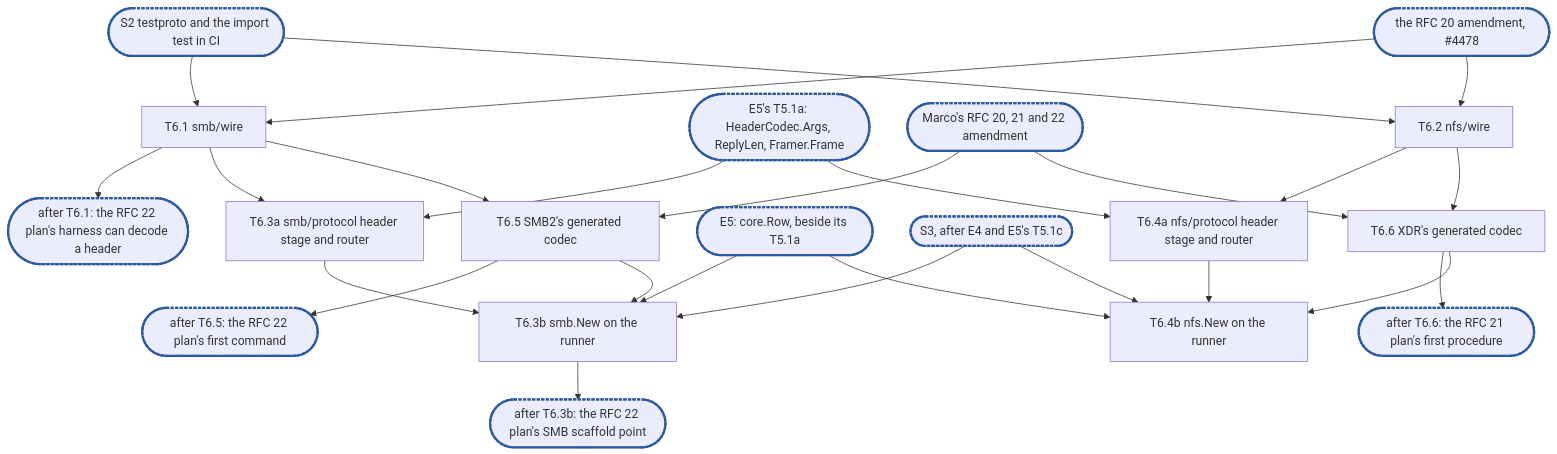
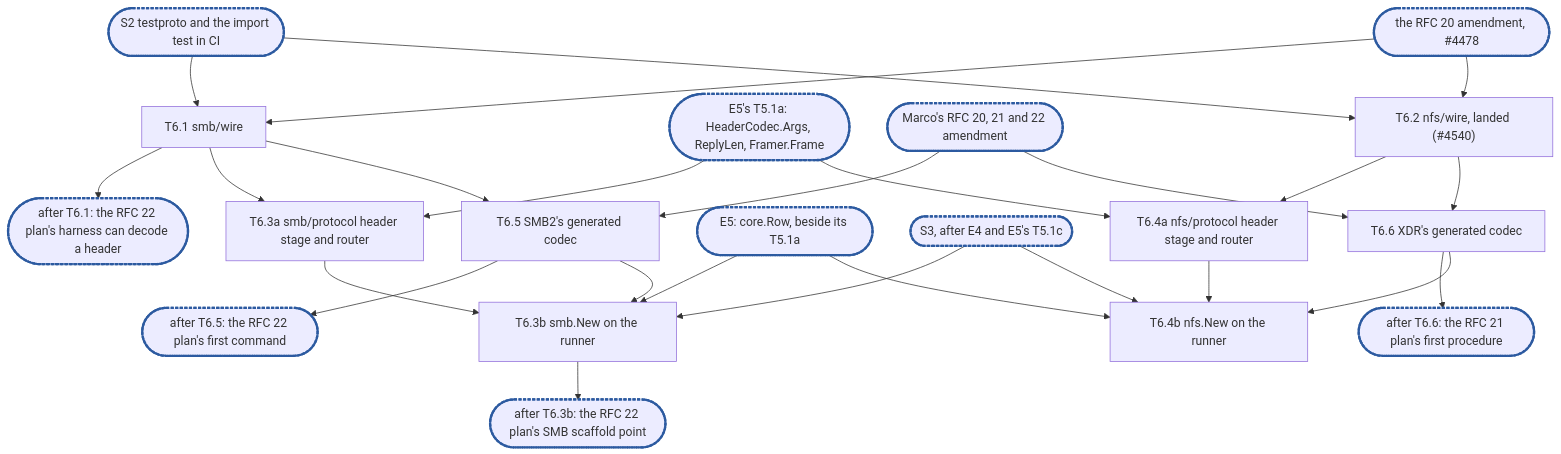
Before and after one commit to cubbit/dittofs: the diagram in docs/internals/planning/rfc-20-adapters-epic6.md, drawn with Mermaid. The commit also changed other lines of this file, not shown here.

First line of the commit message:
docs(planning): epic 6 marks T6.2 landed (#4540); T12.1 owns self-relative offsets; #4539's reads

````diff
--- a/docs/internals/planning/rfc-20-adapters-epic6.md
+++ b/docs/internals/planning/rfc-20-adapters-epic6.md
@@ -1070,28 +1097,28 @@
 ```mermaid
 flowchart TD
   S2(["S2 testproto and the import test in CI"]):::sync --> T6_1["T6.1 smb/wire"]
   A(["the RFC 20 amendment, #4478"]):::sync --> T6_1
   T6_1 --> C1(["after T6.1: the RFC 22 plan's harness can decode a header"]):::sync
   T6_1 --> T6_3a["T6.3a smb/protocol header stage and router"]
   H(["E5's T5.1a: HeaderCodec.Args, ReplyLen, Framer.Frame"]):::sync --> T6_3a
   M(["Marco's RFC 20, 21 and 22 amendment"]):::sync --> T6_5["T6.5 SMB2's generated codec"]
   T6_1 --> T6_5
   T6_5 --> C3(["after T6.5: the RFC 22 plan's first command"]):::sync
   T6_3a --> T6_3b["T6.3b smb.New on the runner"]
   T6_5 --> T6_3b
   R(["E5: core.Row, beside its T5.1a"]):::sync --> T6_3b
   S3(["S3, after E4 and E5's T5.1c"]):::sync --> T6_3b
   T6_3b --> C2(["after T6.3b: the RFC 22 plan's SMB scaffold point"]):::sync
-  S2 --> T6_2["T6.2 nfs/wire"]
+  S2 --> T6_2["T6.2 nfs/wire, landed (#4540)"]
   A --> T6_2
   T6_2 --> T6_4a["T6.4a nfs/protocol header stage and router"]
   H --> T6_4a
   M --> T6_6["T6.6 XDR's generated codec"]
   T6_2 --> T6_6
   T6_6 --> C4(["after T6.6: the RFC 21 plan's first procedure"]):::sync
   T6_4a --> T6_4b["T6.4b nfs.New on the runner"]
   T6_6 --> T6_4b
   R --> T6_4b
   S3 --> T6_4b
   classDef sync stroke:#2c5aa0,stroke-width:3px,stroke-dasharray:4 2
 ```
````
